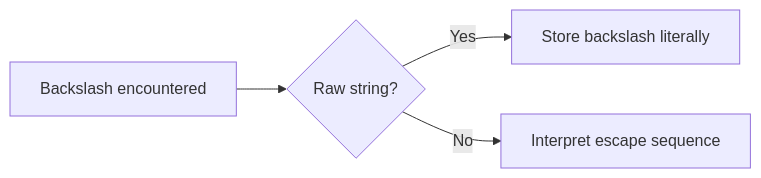
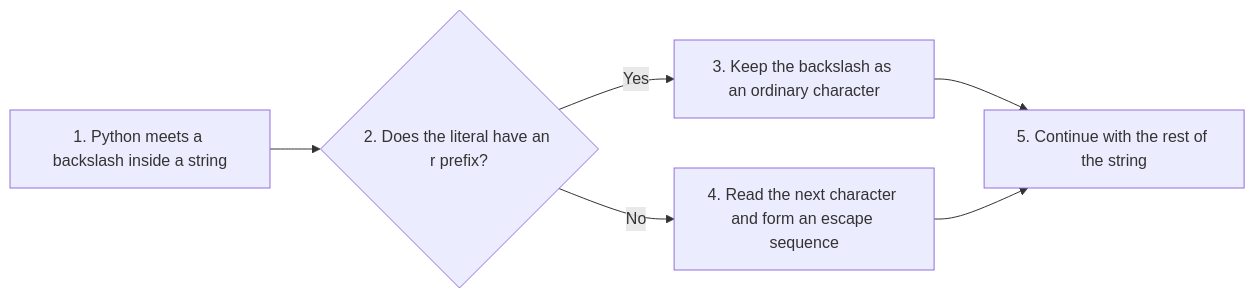
The fifth of 18 diagrams in docs/17-strings/080-ch17-conceptual-qa.md (ag999git/001-mkdocs), drawn with Mermaid before and after one commit. The commit also changed other lines of this file, not shown here.

````diff
--- a/docs/17-strings/080-ch17-conceptual-qa.md
+++ b/docs/17-strings/080-ch17-conceptual-qa.md
@@ -570,9 +1288,8 @@
 ```mermaid
 flowchart LR
-
-A["Backslash encountered"] --> B{"Raw string?"}
-
-B -->|Yes| C["Store backslash literally"]
-
-B -->|No| D["Interpret escape sequence"]
+    A["1. Python meets a backslash inside a string"] --> B{"2. Does the literal have an r prefix?"}
+    B -->|"Yes"| C["3. Keep the backslash as an ordinary character"]
+    B -->|"No"| D["4. Read the next character and form an escape sequence"]
+    C --> E["5. Continue with the rest of the string"]
+    D --> E
 ```
````
